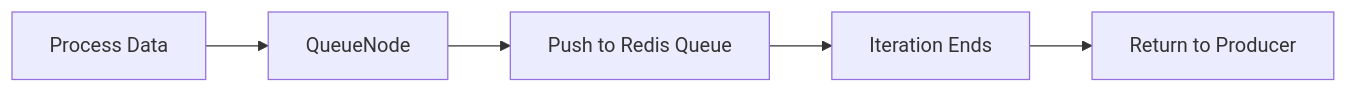
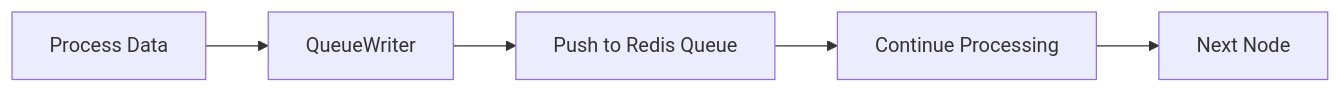
One commit to Roshan-yadav-evil-genius/TheOneEye-Backend changed the sixth of 9 diagrams in docs/05-Node-Types.md. Above: the diagram before and after it, drawn with Mermaid. The commit also changed other lines of this file and 10 other files, not shown here.

````diff
--- a/docs/05-Node-Types.md
+++ b/docs/05-Node-Types.md
@@ -191,7 +192,7 @@
 ```mermaid
 flowchart LR
-    A[Process Data] --> B[QueueNode]
+    A[Process Data] --> B[QueueWriter]
     B --> C[Push to Redis Queue]
-    C --> D[Iteration Ends]
-    D --> E[Return to Producer]
+    C --> D[Continue Processing]
+    D --> E[Next Node]
 ```
````
